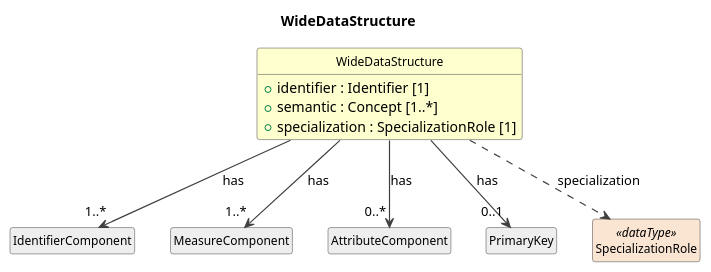
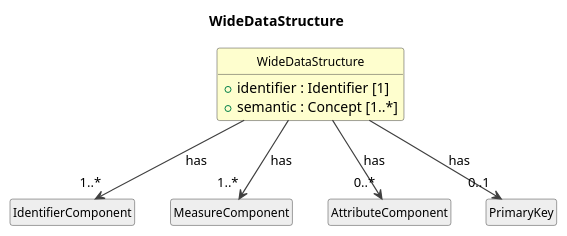
Before and after one commit to Cross-Domain-Interoperability-Framework/metadataBuildingBlocks: the diagram in build/field-level-documentation/CDIFDataStructure/Classes/WideDataStructure.pu, drawn with PlantUML. The commit also changed 151 other files, not shown here.

```diff
--- a/build/field-level-documentation/CDIFDataStructure/Classes/WideDataStructure.pu
+++ b/build/field-level-documentation/CDIFDataStructure/Classes/WideDataStructure.pu
@@ -1,29 +1,26 @@
 @startuml
 title WideDataStructure
 hide circle
 hide empty members
 skinparam shadowing false
 skinparam ArrowThickness 1.2
 skinparam class {
   ArrowColor #404040
   BorderColor #404040
   FontSize 12
 }
 
 class "WideDataStructure" as WideDataStructure #FEFECE {
   +identifier : Identifier [1]
   +semantic : Concept [1..*]
-  +specialization : SpecializationRole [1]
 }
 class "IdentifierComponent" as IdentifierComponent #EEEEEE
 WideDataStructure --> "1..*" IdentifierComponent : has
 class "MeasureComponent" as MeasureComponent #EEEEEE
 WideDataStructure --> "1..*" MeasureComponent : has
 class "AttributeComponent" as AttributeComponent #EEEEEE
 WideDataStructure --> "0..*" AttributeComponent : has
 class "PrimaryKey" as PrimaryKey #EEEEEE
 WideDataStructure --> "0..1" PrimaryKey : has
-class "SpecializationRole" as SpecializationRole <<dataType>> #FAE5D3
-WideDataStructure ..> SpecializationRole : specialization
 
 @enduml
```
